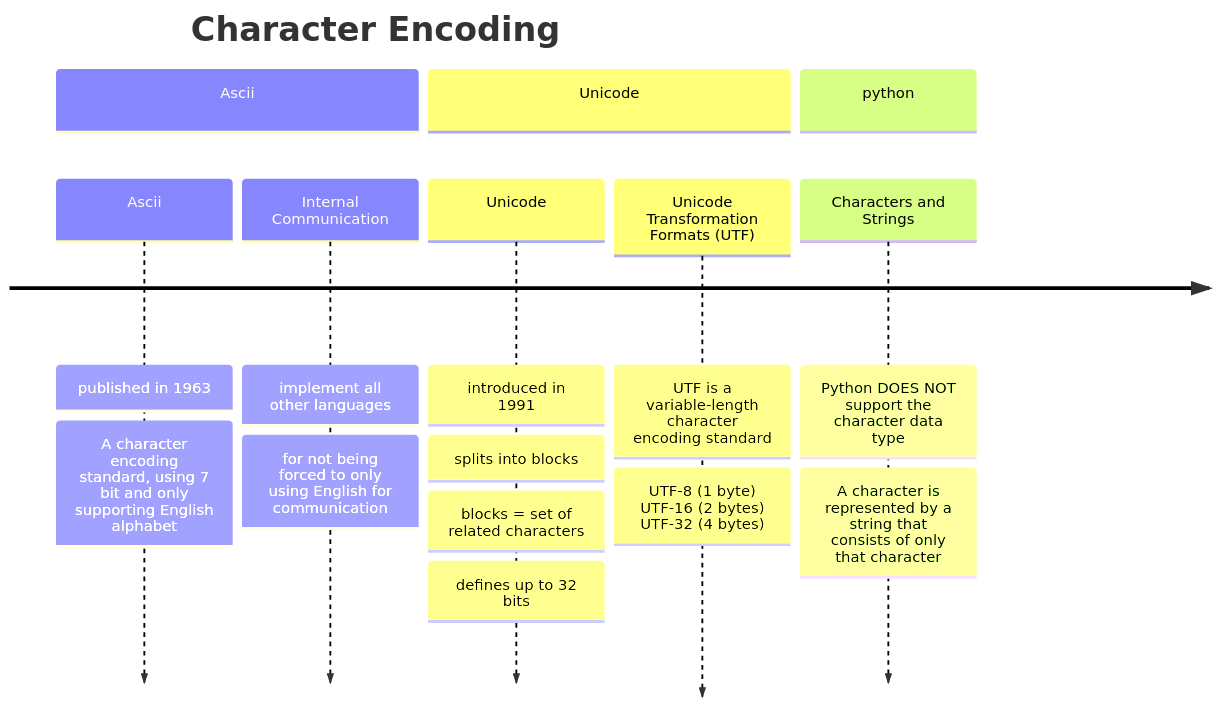
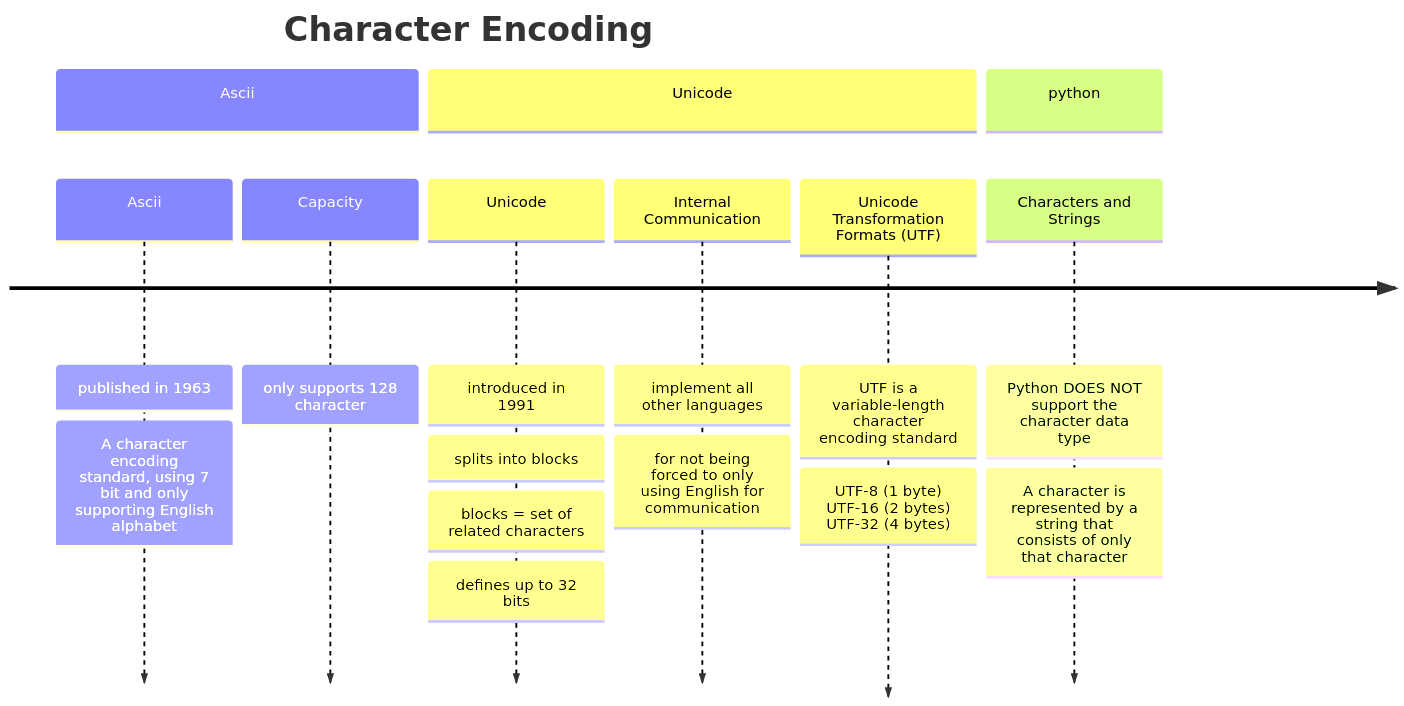
The second of 2 diagrams in 2023_Notes/week06-12_november/ascii_and_unicode.md (Marius-PA/ComputerScienceNotes), drawn with Mermaid before and after one commit.

````diff
--- a/2023_Notes/week06-12_november/ascii_and_unicode.md
+++ b/2023_Notes/week06-12_november/ascii_and_unicode.md
@@ -69,13 +69,14 @@
 ```mermaid
 timeline
     title Character Encoding
             section Ascii
                 Ascii : published in 1963 : A character encoding standard, using 7 bit and only supporting English alphabet
-                Internal Communication: implement all other languages : for not being forced to only using English for communication
+                Capacity : only supports 128 character
             section Unicode
                 Unicode : introduced in 1991 : splits into blocks : blocks = set of related characters : defines up to 32 bits
+                Internal Communication : implement all other languages : for not being forced to only using English for communication
                 Unicode Transformation Formats (UTF) : UTF is a variable-length character encoding standard : UTF-8 (1 byte) <br> UTF-16 (2 bytes) <br> UTF-32 (4 bytes)
             section python
                 Characters and Strings : Python DOES NOT support the character data type : A character is represented by a string that consists of only that character
 
 ```
````
